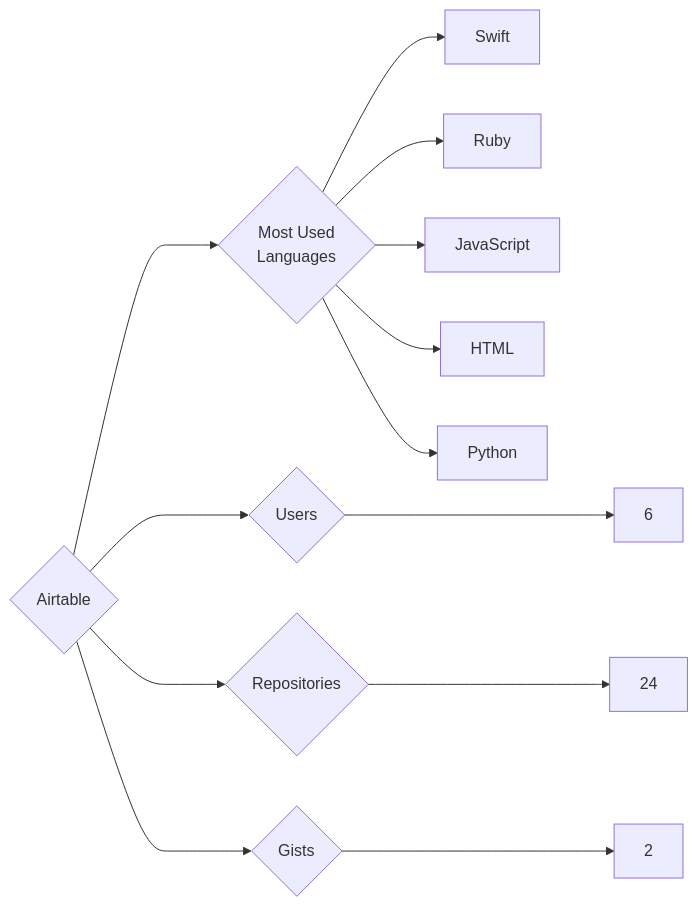
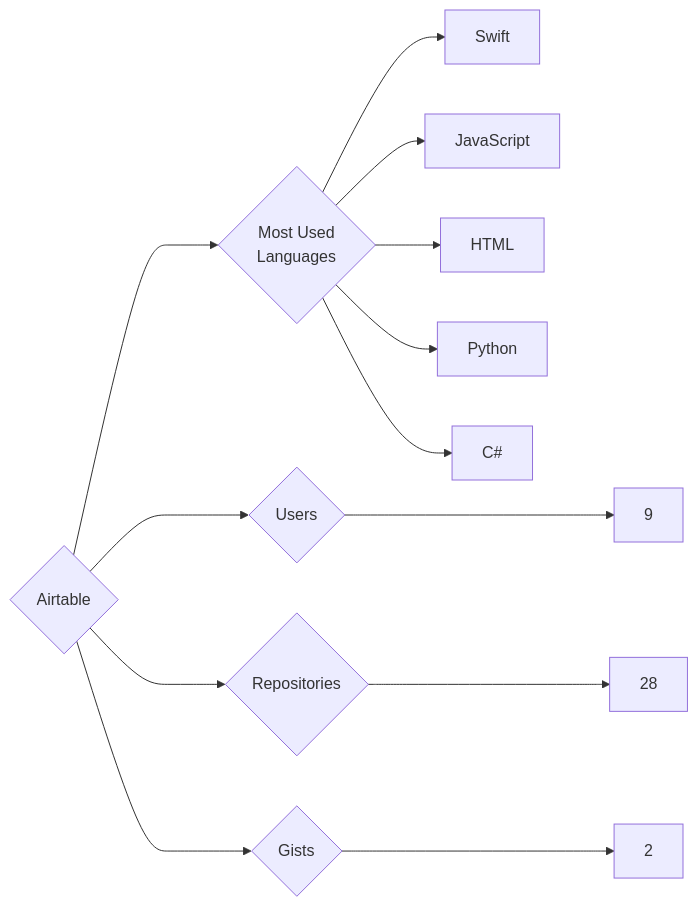
The diagram in targets/Airtable/README.md (trickest/insiders), drawn with Mermaid before and after one commit. The commit also changed 1055 other files, not shown here.

````diff
--- a/targets/Airtable/README.md
+++ b/targets/Airtable/README.md
@@ -3,13 +3,13 @@
 ```mermaid
 graph LR
 COMPANY_NAME{Airtable}
-COMPANY_NAME ---> U{Users} ---> UN[6]
-COMPANY_NAME ---> R{Repositories} ---> RN[24]
+COMPANY_NAME ---> U{Users} ---> UN[9]
+COMPANY_NAME ---> R{Repositories} ---> RN[28]
 COMPANY_NAME ---> G{Gists} ---> GN[2]
 COMPANY_NAME ---> ML{Most Used<br>Languages}
 ML --> Swift[Swift]
-ML --> Ruby[Ruby]
 ML --> JavaScript[JavaScript]
 ML --> HTML[HTML]
 ML --> Python[Python]
+ML --> C#[C#]
 ```
````
